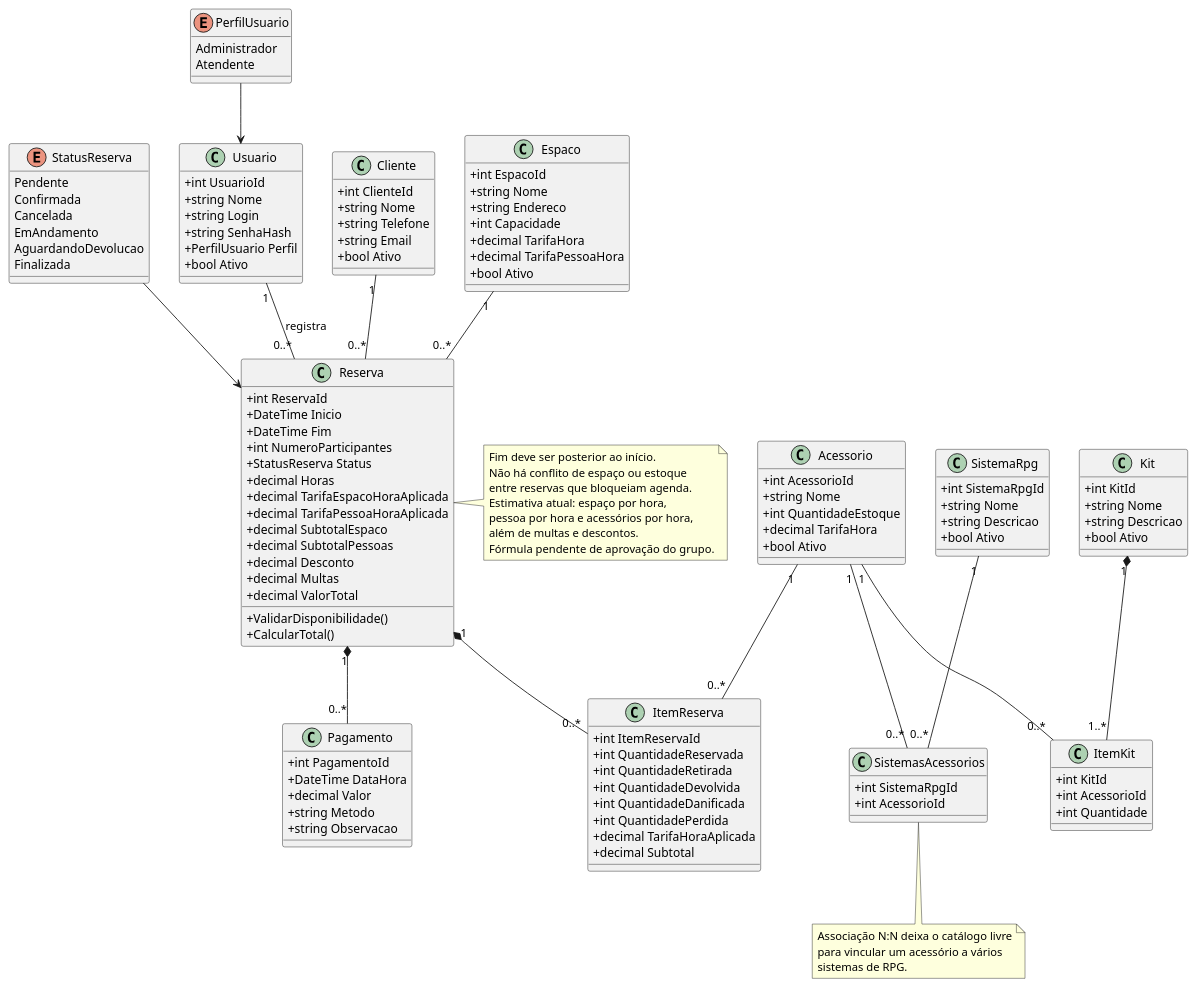
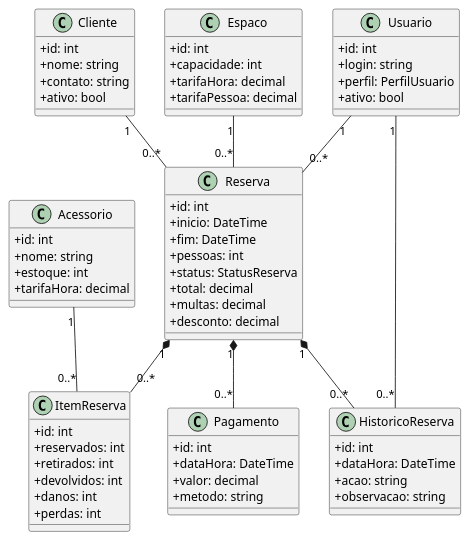
Before and after one commit to AleFeroiz/aiRbPG: the diagram in docs/uml/classes.puml, drawn with PlantUML. The commit also changed 15 other files, not shown here.

Commit message:
docs: entrega requisitos manual e diagramas revisados

```diff
--- a/docs/uml/classes.puml
+++ b/docs/uml/classes.puml
@@ -1,144 +1,65 @@
 @startuml
 skinparam classAttributeIconSize 0
-
-enum PerfilUsuario {
-  Administrador
-  Atendente
+class Cliente {
+  +id: int
+  +nome: string
+  +contato: string
+  +ativo: bool
 }
-
-enum StatusReserva {
-  Pendente
-  Confirmada
-  Cancelada
-  EmAndamento
-  AguardandoDevolucao
-  Finalizada
+class Usuario {
+  +id: int
+  +login: string
+  +perfil: PerfilUsuario
+  +ativo: bool
 }
-
-class Usuario {
-  +int UsuarioId
-  +string Nome
-  +string Login
-  +string SenhaHash
-  +PerfilUsuario Perfil
-  +bool Ativo
+class Espaco {
+  +id: int
+  +capacidade: int
+  +tarifaHora: decimal
+  +tarifaPessoa: decimal
 }
-
-class Cliente {
-  +int ClienteId
-  +string Nome
-  +string Telefone
-  +string Email
-  +bool Ativo
+class Reserva {
+  +id: int
+  +inicio: DateTime
+  +fim: DateTime
+  +pessoas: int
+  +status: StatusReserva
+  +total: decimal
+  +multas: decimal
+  +desconto: decimal
 }
-
-class Espaco {
-  +int EspacoId
-  +string Nome
-  +string Endereco
-  +int Capacidade
-  +decimal TarifaHora
-  +decimal TarifaPessoaHora
-  +bool Ativo
+class Acessorio {
+  +id: int
+  +nome: string
+  +estoque: int
+  +tarifaHora: decimal
 }
-
-class SistemaRpg {
-  +int SistemaRpgId
-  +string Nome
-  +string Descricao
-  +bool Ativo
+class ItemReserva {
+  +id: int
+  +reservados: int
+  +retirados: int
+  +devolvidos: int
+  +danos: int
+  +perdas: int
 }
-
-class SistemasAcessorios {
-  +int SistemaRpgId
-  +int AcessorioId
+class Pagamento {
+  +id: int
+  +dataHora: DateTime
+  +valor: decimal
+  +metodo: string
 }
-
-class Acessorio {
-  +int AcessorioId
-  +string Nome
-  +int QuantidadeEstoque
-  +decimal TarifaHora
-  +bool Ativo
+class HistoricoReserva {
+  +id: int
+  +dataHora: DateTime
+  +acao: string
+  +observacao: string
 }
-
-class Kit {
-  +int KitId
-  +string Nome
-  +string Descricao
-  +bool Ativo
-}
-
-class ItemKit {
-  +int KitId
-  +int AcessorioId
-  +int Quantidade
-}
-
-class Reserva {
-  +int ReservaId
-  +DateTime Inicio
-  +DateTime Fim
-  +int NumeroParticipantes
-  +StatusReserva Status
-  +decimal Horas
-  +decimal TarifaEspacoHoraAplicada
-  +decimal TarifaPessoaHoraAplicada
-  +decimal SubtotalEspaco
-  +decimal SubtotalPessoas
-  +decimal Desconto
-  +decimal Multas
-  +decimal ValorTotal
-  +ValidarDisponibilidade()
-  +CalcularTotal()
-}
-
-class ItemReserva {
-  +int ItemReservaId
-  +int QuantidadeReservada
-  +int QuantidadeRetirada
-  +int QuantidadeDevolvida
-  +int QuantidadeDanificada
-  +int QuantidadePerdida
-  +decimal TarifaHoraAplicada
-  +decimal Subtotal
-}
-
-class Pagamento {
-  +int PagamentoId
-  +DateTime DataHora
-  +decimal Valor
-  +string Metodo
-  +string Observacao
-}
-
-PerfilUsuario --> Usuario
-StatusReserva --> Reserva
 Cliente "1" -- "0..*" Reserva
+Usuario "1" -- "0..*" Reserva
 Espaco "1" -- "0..*" Reserva
-Usuario "1" -- "0..*" Reserva : registra
 Reserva "1" *-- "0..*" ItemReserva
 Acessorio "1" -- "0..*" ItemReserva
-SistemaRpg "1" -- "0..*" SistemasAcessorios
-Acessorio "1" -- "0..*" SistemasAcessorios
-Kit "1" *-- "1..*" ItemKit
-Acessorio "1" -- "0..*" ItemKit
 Reserva "1" *-- "0..*" Pagamento
-
-note right of Reserva
-  Fim deve ser posterior ao início.
-  Não há conflito de espaço ou estoque
-  entre reservas que bloqueiam agenda.
-  Estimativa atual: espaço por hora,
-  pessoa por hora e acessórios por hora,
-  além de multas e descontos.
-  Fórmula pendente de aprovação do grupo.
-end note
-
-note bottom of SistemasAcessorios
-  Associação N:N deixa o catálogo livre
-  para vincular um acessório a vários
-  sistemas de RPG.
-end note
-
+Reserva "1" *-- "0..*" HistoricoReserva
+Usuario "1" -- "0..*" HistoricoReserva
 @enduml
```
